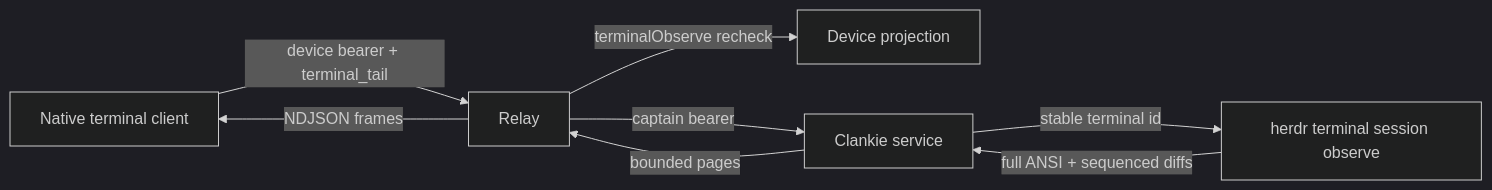
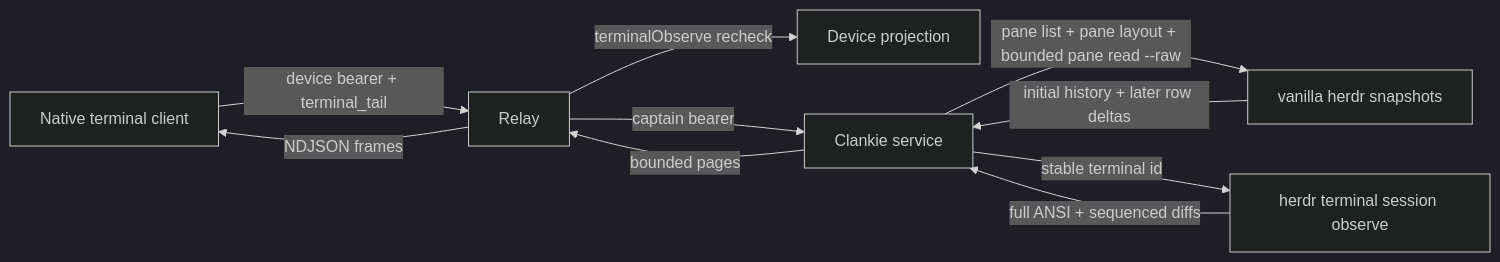
One commit to Volpestyle/clankie changed the diagram in docs/adr/0138-terminal-truth-rides-the-operator-relay.md. Above: the diagram before and after it, drawn with Mermaid (dark theme). The commit also changed other lines of this file and 71 other files, not shown here.

````diff
--- a/docs/adr/0138-terminal-truth-rides-the-operator-relay.md
+++ b/docs/adr/0138-terminal-truth-rides-the-operator-relay.md
@@ -88,10 +106,12 @@
 ```mermaid
 flowchart LR
   Native["Native terminal client"] -->|"device bearer + terminal_tail"| Relay
   Relay -->|"terminalObserve recheck"| Device["Device projection"]
   Relay -->|"captain bearer"| Service["Clankie service"]
+  Service -->|"pane list + pane layout + bounded pane read --raw"| Snapshot["vanilla herdr snapshots"]
   Service -->|"stable terminal id"| Observer["herdr terminal session observe"]
+  Snapshot -->|"initial history + later row deltas"| Service
   Observer -->|"full ANSI + sequenced diffs"| Service
   Service -->|"bounded pages"| Relay
   Relay -->|"NDJSON frames"| Native
 ```
````
